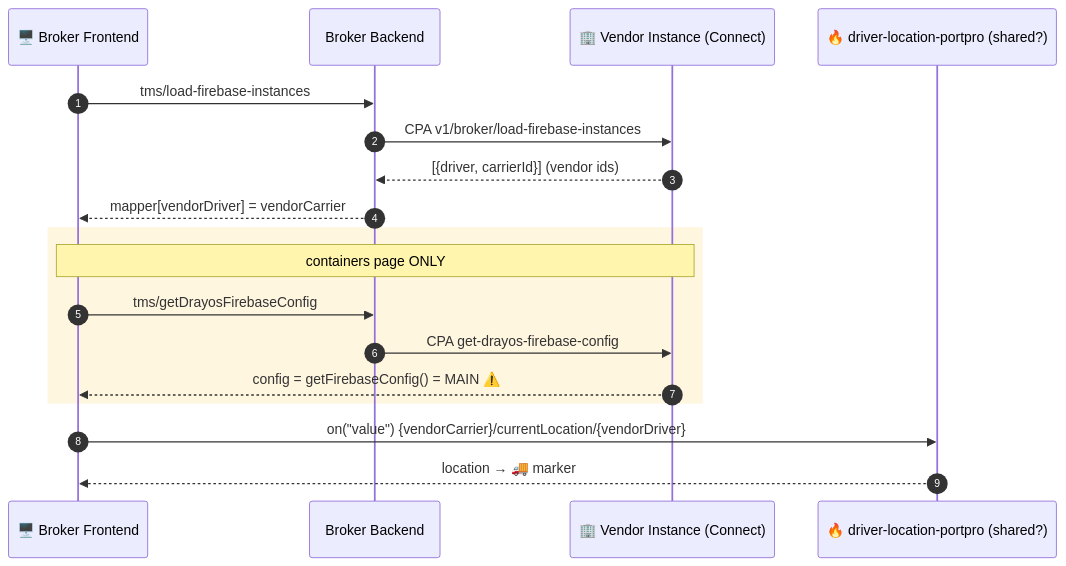
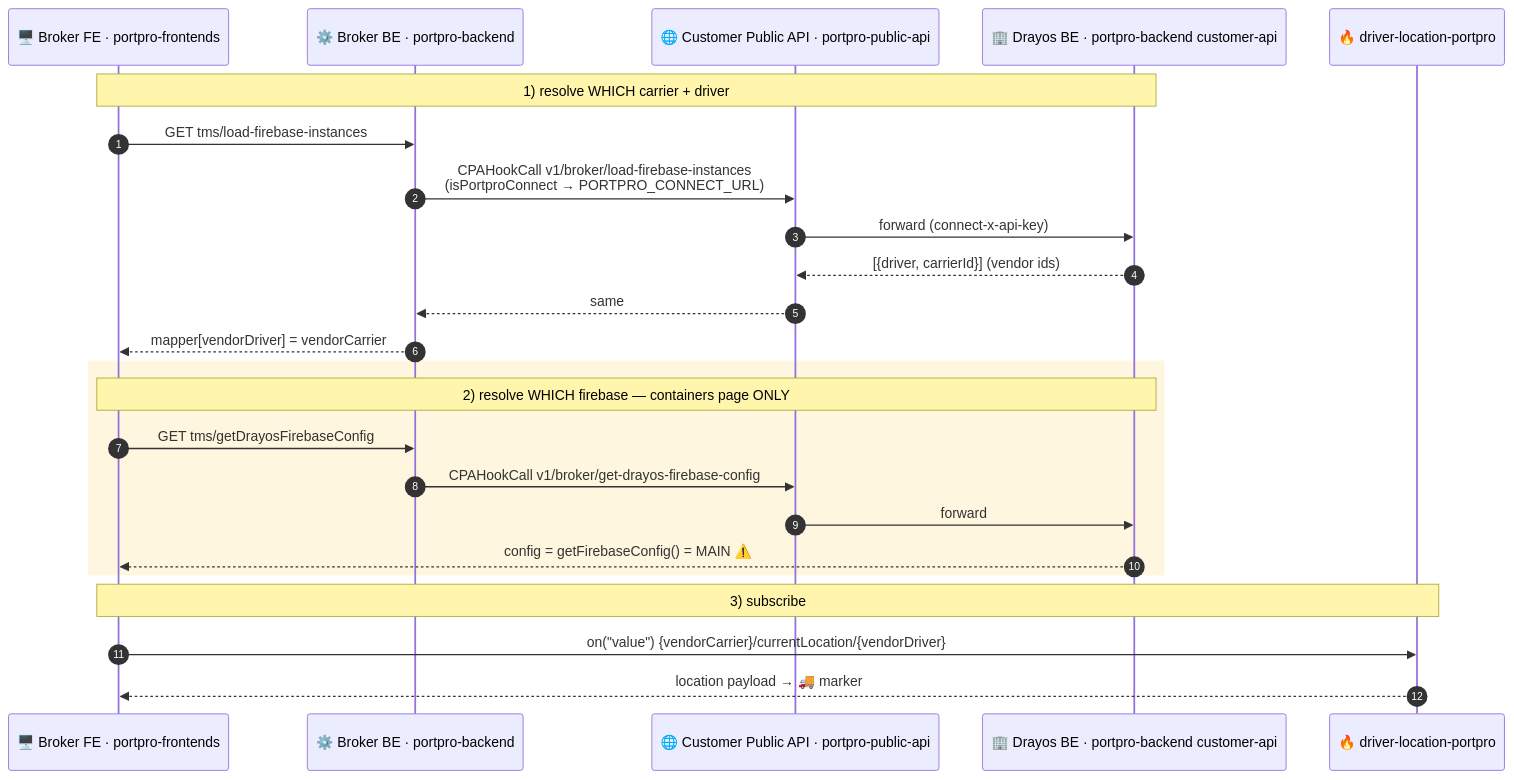
The second of 3 diagrams in raw/Live Tracking Architecture/02 - Flow 2 - Broker to Connected Carrier.md (lamadev7/Obsidian-Vault), drawn with Mermaid before and after one commit. The commit also changed other lines of this file and 2 other files, not shown here.

Commit message:
Name repos in tracking diagrams: FE→BE→Customer Public API→Drayos BE hop chain

````diff
--- a/raw/Live Tracking Architecture/02 - Flow 2 - Broker to Connected Carrier.md
+++ b/raw/Live Tracking Architecture/02 - Flow 2 - Broker to Connected Carrier.md
@@ -18,23 +28,29 @@
 ```mermaid
 sequenceDiagram
   autonumber
-  participant FE as 🖥️ Broker Frontend
-  participant BE as Broker Backend
-  participant V as 🏢 Vendor Instance (Connect)
-  participant FB as 🔥 driver-location-portpro (shared?)
+  participant FE as 🖥️ Broker FE · portpro-frontends
+  participant BE as ⚙️ Broker BE · portpro-backend
+  participant PA as 🌐 Customer Public API · portpro-public-api
+  participant DE as 🏢 Drayos BE · portpro-backend customer-api
+  participant FB as 🔥 driver-location-portpro
 
-  FE->>BE: tms/load-firebase-instances
-  BE->>V: CPA v1/broker/load-firebase-instances
-  V-->>BE: [{driver, carrierId}]  (vendor ids)
+  Note over FE,DE: 1) resolve WHICH carrier + driver
+  FE->>BE: GET tms/load-firebase-instances
+  BE->>PA: CPAHookCall v1/broker/load-firebase-instances<br/>(isPortproConnect → PORTPRO_CONNECT_URL)
+  PA->>DE: forward (connect-x-api-key)
+  DE-->>PA: [{driver, carrierId}] (vendor ids)
+  PA-->>BE: same
   BE-->>FE: mapper[vendorDriver] = vendorCarrier
 
   rect rgba(255,180,0,0.12)
-    Note over FE,V: containers page ONLY
-    FE->>BE: tms/getDrayosFirebaseConfig
-    BE->>V: CPA get-drayos-firebase-config
-    V-->>FE: config = getFirebaseConfig() = MAIN ⚠️
+    Note over FE,DE: 2) resolve WHICH firebase — containers page ONLY
+    FE->>BE: GET tms/getDrayosFirebaseConfig
+    BE->>PA: CPAHookCall v1/broker/get-drayos-firebase-config
+    PA->>DE: forward
+    DE-->>FE: config = getFirebaseConfig() = MAIN ⚠️
   end
 
+  Note over FE,FB: 3) subscribe
   FE->>FB: on("value") {vendorCarrier}/currentLocation/{vendorDriver}
-  FB-->>FE: location → 🚚 marker
+  FB-->>FE: location payload → 🚚 marker
 ```
````
